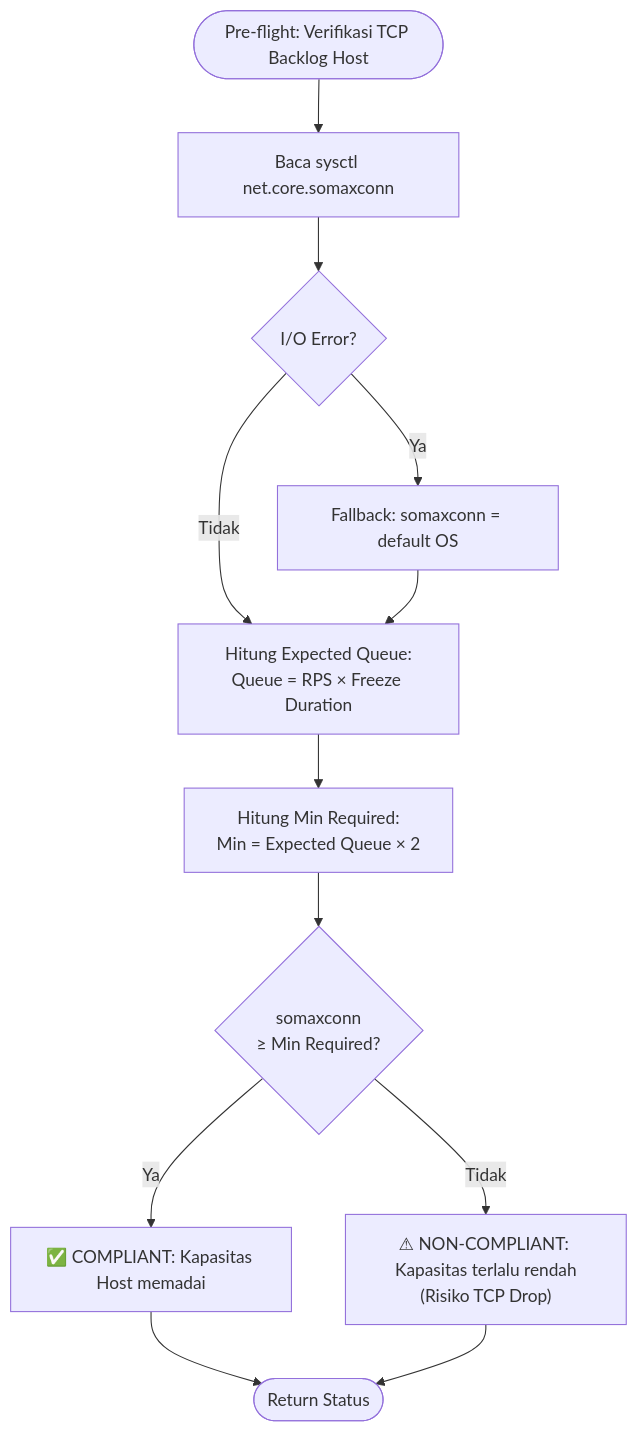
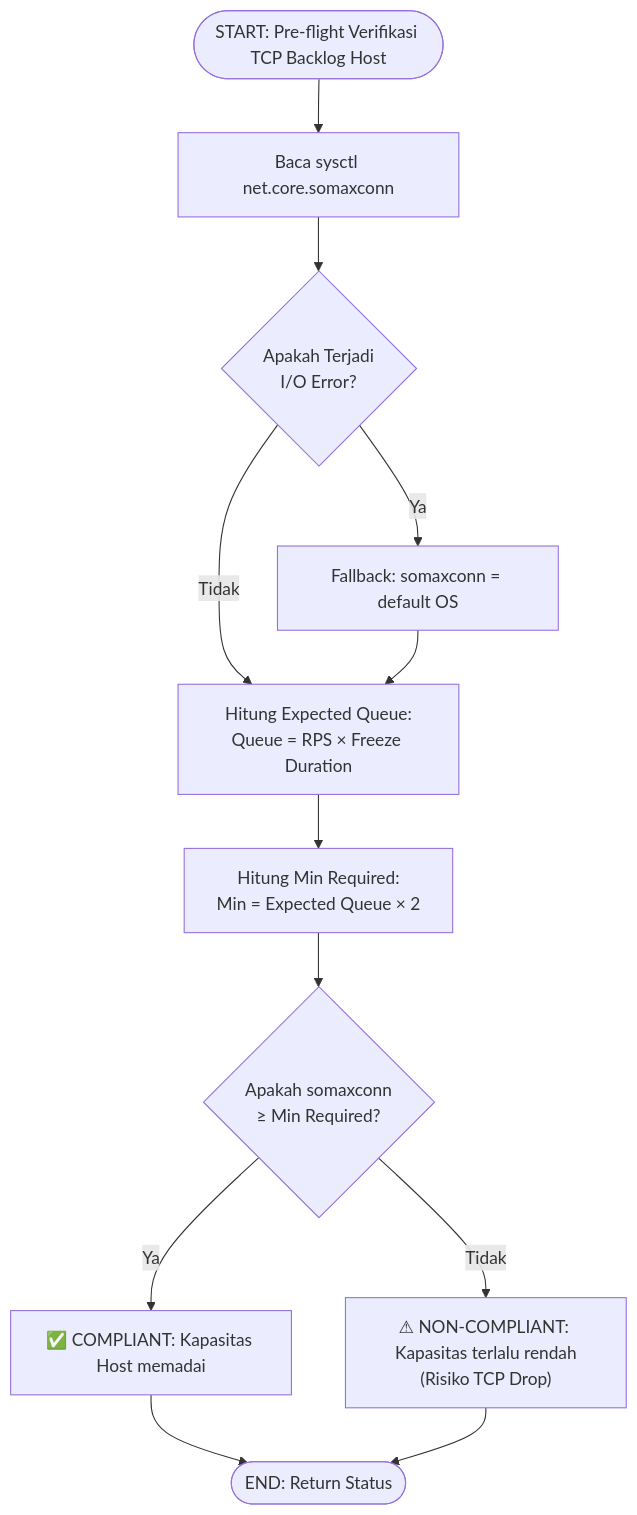
The second of 3 diagrams in architecture-diagrams/layer-4-shaper/03_tcp_backlog.md (fauzanreza/green-container-framework), drawn with Mermaid before and after one commit. The commit also changed other lines of this file and 17 other files, not shown here.

Commit message:
edit fitur, menyesuaikan Architecture Diagram

````diff
--- a/architecture-diagrams/layer-4-shaper/03_tcp_backlog.md
+++ b/architecture-diagrams/layer-4-shaper/03_tcp_backlog.md
@@ -73,29 +73,29 @@
 ```mermaid
 flowchart TD
-    START(["Pre-flight: Verifikasi TCP Backlog Host"])
+    START(["START: Pre-flight Verifikasi TCP Backlog Host"])
 
     BACA["Baca sysctl net.core.somaxconn"]
-    GAGAL{"I/O Error?"}
+    GAGAL{"Apakah Terjadi<br/>I/O Error?"}
     ASUMSI["Fallback: somaxconn = default OS"]
 
     HITUNG_PAKET["Hitung Expected Queue:<br/>Queue = RPS × Freeze Duration"]
     HITUNG_MINIMAL["Hitung Min Required:<br/>Min = Expected Queue × 2"]
 
-    CUKUP{"somaxconn<br/>≥ Min Required?"}
+    CUKUP{"Apakah somaxconn<br/>≥ Min Required?"}
     AMAN["✅ COMPLIANT: Kapasitas Host memadai"]
     BAHAYA["⚠ NON-COMPLIANT: Kapasitas terlalu rendah<br/>(Risiko TCP Drop)"]
 
-    SELESAI(["Return Status"])
+    SELESAI(["END: Return Status"])
 
     START --> BACA
     BACA --> GAGAL
     GAGAL -->|Ya| ASUMSI
     GAGAL -->|Tidak| HITUNG_PAKET
     ASUMSI --> HITUNG_PAKET
     HITUNG_PAKET --> HITUNG_MINIMAL
     HITUNG_MINIMAL --> CUKUP
     CUKUP -->|Ya| AMAN
     CUKUP -->|Tidak| BAHAYA
     AMAN --> SELESAI
     BAHAYA --> SELESAI
 ```
````
